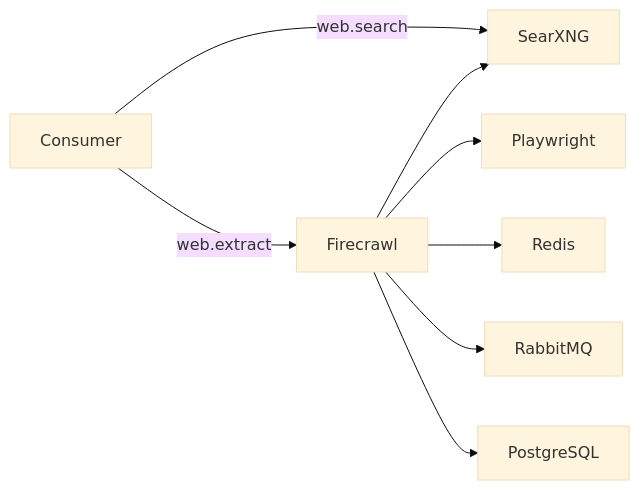
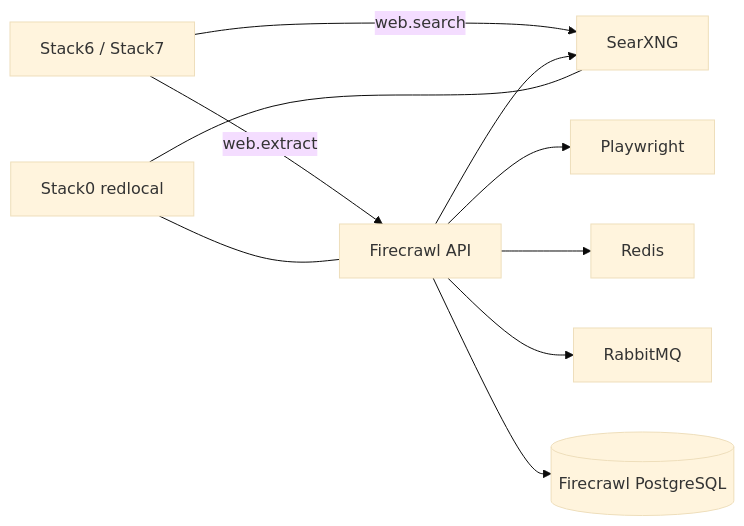
The diagram in stack2_-_searxng_firecrawl/README.md (ea1het/local_hybrid_ai), drawn with Mermaid (base theme) before and after one commit. The commit also changed other lines of this file, not shown here.

Commit message:
docs: expand Stack2 canonical documentation

````diff
--- a/stack2_-_searxng_firecrawl/README.md
+++ b/stack2_-_searxng_firecrawl/README.md
@@ -5,10 +7,12 @@
 ```mermaid
 flowchart LR
-    Consumer -->|web.search| SearXNG
-    Consumer -->|web.extract| Firecrawl
-    Firecrawl --> Playwright
-    Firecrawl --> Redis
-    Firecrawl --> RabbitMQ
-    Firecrawl --> PostgreSQL
+    Consumer[Stack6 / Stack7] -->|web.search| SearXNG[SearXNG]
+    Consumer -->|web.extract| Firecrawl[Firecrawl API]
     Firecrawl --> SearXNG
+    Firecrawl --> Playwright[Playwright]
+    Firecrawl --> Redis[Redis]
+    Firecrawl --> RabbitMQ[RabbitMQ]
+    Firecrawl --> PG[(Firecrawl PostgreSQL)]
+    Network[Stack0 redlocal] --- SearXNG
+    Network --- Firecrawl
 ```
````
